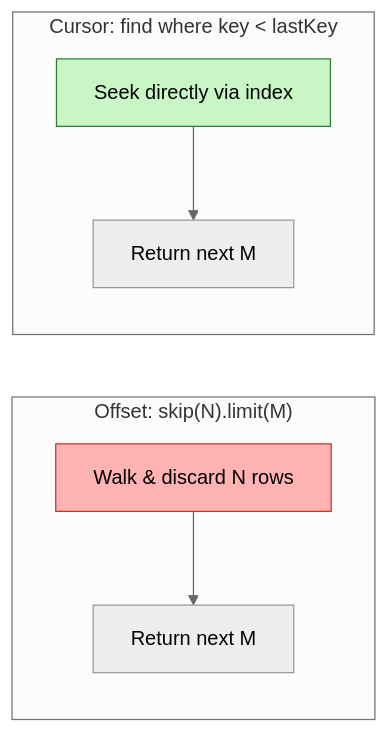
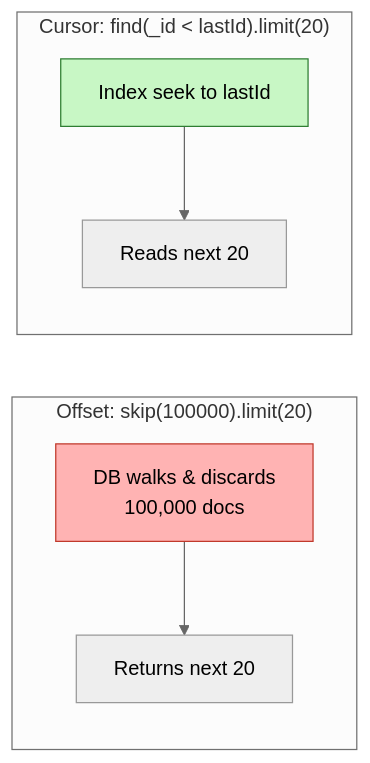
One commit to ravics09/system-design-pro changed the diagram in 06-basic-level-system-design-problems/03-cursor-based-pagination.md. Above: the diagram before and after it, drawn with Mermaid (neutral theme). The commit also changed other lines of this file and 5 other files, not shown here.

````diff
--- a/06-basic-level-system-design-problems/03-cursor-based-pagination.md
+++ b/06-basic-level-system-design-problems/03-cursor-based-pagination.md
@@ -30,11 +56,11 @@
 ```mermaid
 flowchart LR
-    subgraph Offset["Offset: skip(N).limit(M)"]
-      O1["Walk & discard N rows"] --> O2["Return next M"]
+    subgraph Offset["Offset: skip(100000).limit(20)"]
+      O1["DB walks & discards<br/>100,000 docs"] --> O2["Returns next 20"]
     end
-    subgraph Cursor["Cursor: find where key < lastKey"]
-      C1["Seek directly via index"] --> C2["Return next M"]
+    subgraph Cursor["Cursor: find(_id < lastId).limit(20)"]
+      C1["Index seek to lastId"] --> C2["Reads next 20"]
     end
     style O1 fill:#ffb3b3,stroke:#c0392b
     style C1 fill:#c8f7c5,stroke:#2e7d32
 ```
````
